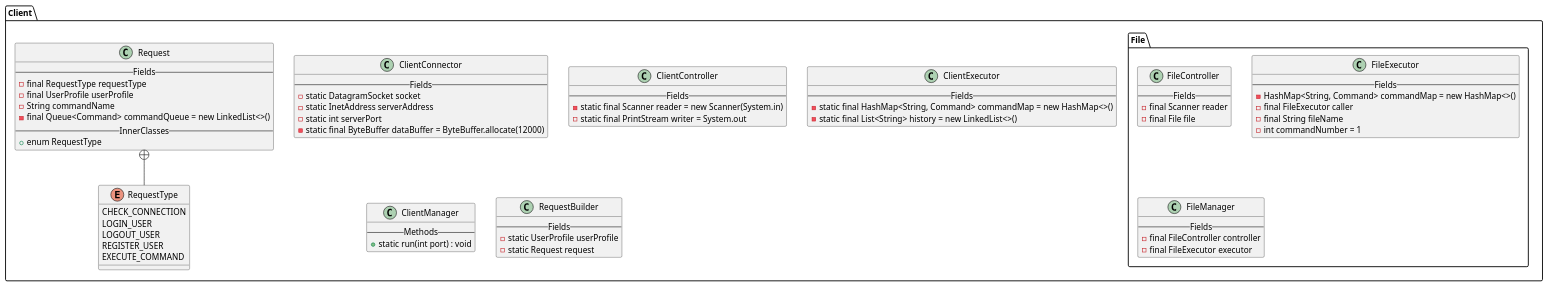
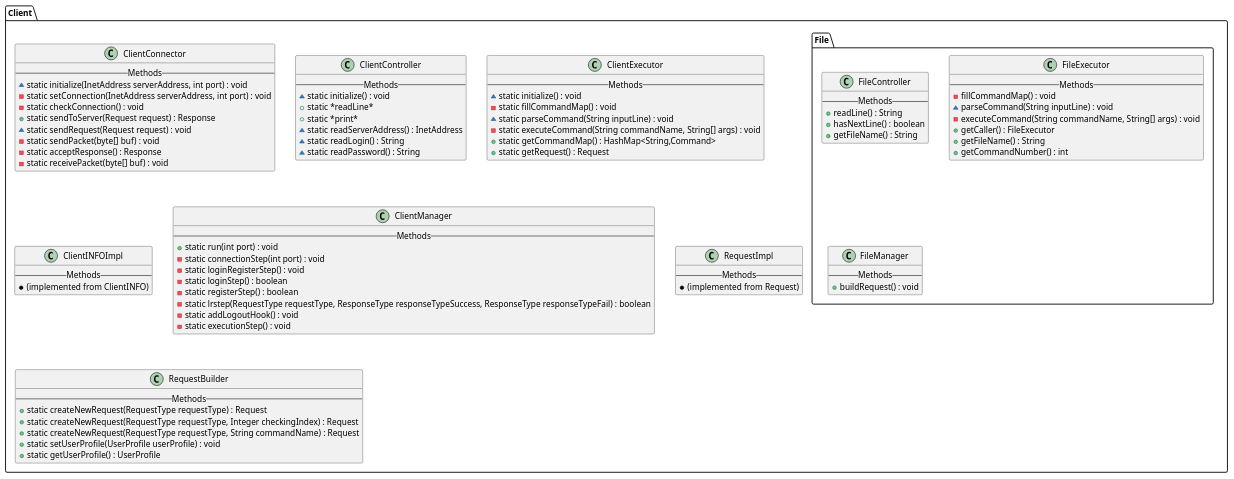
One commit to Andryss/ProgrammingLabWork7 changed the diagram in diagrams/ClientDiagram.puml. Above: the diagram before and after it, drawn with PlantUML. The commit also changed 16 other files, not shown here.

Commit message:
Add diagrams. Add getCaller into ClientINFO. Add SuppressWarnings.

```diff
--- a/diagrams/ClientDiagram.puml
+++ b/diagrams/ClientDiagram.puml
@@ -1,78 +1,92 @@
 @startuml
 
 package Client {
     class ClientConnector {
-    --Fields--
-    - static DatagramSocket socket
-    - static InetAddress serverAddress
-    - static int serverPort
-    - static final ByteBuffer dataBuffer = ByteBuffer.allocate(12000)
+    --Methods--
+    ~ static initialize(InetAddress serverAddress, int port) : void
+    - static setConnection(InetAddress serverAddress, int port) : void
+    - static checkConnection() : void
+    + static sendToServer(Request request) : Response
+    ~ static sendRequest(Request request) : void
+    - static sendPacket(byte[] buf) : void
+    - static acceptResponse() : Response
+    - static receivePacket(byte[] buf) : void
     }
 
     class ClientController {
-    --Fields--
-    - static final Scanner reader = new Scanner(System.in)
-    - static final PrintStream writer = System.out
+    --Methods--
+    ~ static initialize() : void
+    + static *readLine*
+    + static *print*
+    ~ static readServerAddress() : InetAddress
+    ~ static readLogin() : String
+    ~ static readPassword() : String
     }
 
     class ClientExecutor {
-    --Fields--
-    - static final HashMap<String, Command> commandMap = new HashMap<>()
-    - static final List<String> history = new LinkedList<>()
+    --Methods--
+    ~ static initialize() : void
+    - static fillCommandMap() : void
+    ~ static parseCommand(String inputLine) : void
+    - static executeCommand(String commandName, String[] args) : void
+    + static getCommandMap() : HashMap<String,Command>
+    + static getRequest() : Request
+    }
+
+    class ClientINFOImpl {
+    --Methods--
+    * (implemented from ClientINFO)
     }
 
     class ClientManager {
     --Methods--
     + static run(int port) : void
+    - static connectionStep(int port) : void
+    - static loginRegisterStep() : void
+    - static loginStep() : boolean
+    - static registerStep() : boolean
+    - static lrstep(RequestType requestType, ResponseType responseTypeSuccess, ResponseType responseTypeFail) : boolean
+    - static addLogoutHook() : void
+    - static executionStep() : void
     }
 
-    class Request {
-    --Fields--
-    - final RequestType requestType
-    - final UserProfile userProfile
-    - String commandName
-    - final Queue<Command> commandQueue = new LinkedList<>()
-    --InnerClasses--
-    + enum RequestType
+    class RequestImpl {
+    --Methods--
+    * (implemented from Request)
     }
 
-    enum RequestType {
-    CHECK_CONNECTION
-    LOGIN_USER
-    LOGOUT_USER
-    REGISTER_USER
-    EXECUTE_COMMAND
-    }
-
-    RequestType -up-+ Request
-
     class RequestBuilder {
-    --Fields--
-    - static UserProfile userProfile
-    - static Request request
+    --Methods--
+    + static createNewRequest(RequestType requestType) : Request
+    + static createNewRequest(RequestType requestType, Integer checkingIndex) : Request
+    + static createNewRequest(RequestType requestType, String commandName) : Request
+    + static setUserProfile(UserProfile userProfile) : void
+    + static getUserProfile() : UserProfile
     }
 
     package File {
         class FileController {
-        --Fields--
-        - final Scanner reader
-        - final File file
+        --Methods--
+        + readLine() : String
+        + hasNextLine() : boolean
+        + getFileName() : String
         }
 
         class FileExecutor {
-        --Fields--
-        - HashMap<String, Command> commandMap = new HashMap<>()
-        - final FileExecutor caller
-        - final String fileName
-        - int commandNumber = 1
+        --Methods--
+        - fillCommandMap() : void
+        ~ parseCommand(String inputLine) : void
+        - executeCommand(String commandName, String[] args) : void
+        + getCaller() : FileExecutor
+        + getFileName() : String
+        + getCommandNumber() : int
         }
 
         class FileManager {
-        --Fields--
-        - final FileController controller
-        - final FileExecutor executor
+        --Methods--
+        + buildRequest() : void
         }
     }
 }
 
 @enduml
```
